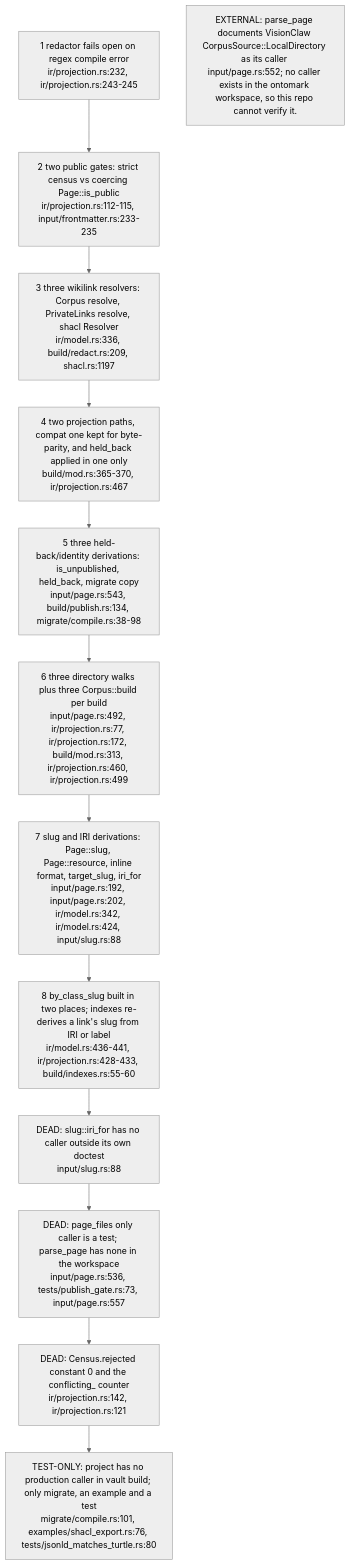
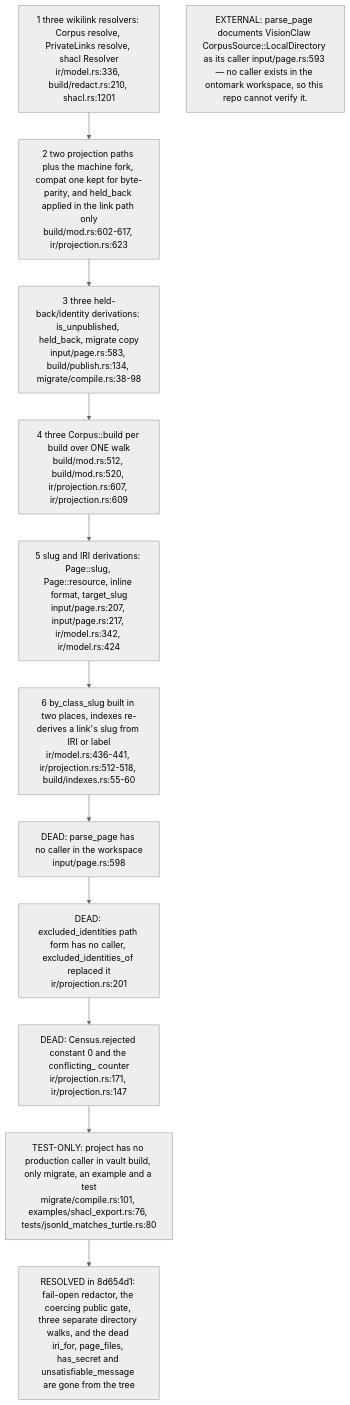
The sixth of 6 diagrams in docs/diagrams/ontomark/02-ir-corpus-projection-and-redaction.md (DreamLab-AI/VisionFlow), drawn with Mermaid (neutral theme) before and after one commit. The commit also changed other lines of this file and 10 other files, not shown here.

First line of the commit message:
docs(diagrams): re-stamp the ontomark corpus at ee9e04a; OM-06 machine scope and ingest contract

````diff
--- a/docs/diagrams/ontomark/02-ir-corpus-projection-and-redaction.md
+++ b/docs/diagrams/ontomark/02-ir-corpus-projection-and-redaction.md
@@ -206,18 +206,18 @@
 ```mermaid
 flowchart TD
-    R1["1 redactor fails open on regex compile error<br/>ir/projection.rs:232, ir/projection.rs:243-245"]
-    R2["2 two public gates: strict census vs coercing Page::is_public<br/>ir/projection.rs:112-115, input/frontmatter.rs:233-235"]
-    R3["3 three wikilink resolvers: Corpus resolve, PrivateLinks resolve, shacl Resolver<br/>ir/model.rs:336, build/redact.rs:209, shacl.rs:1197"]
-    R4["4 two projection paths, compat one kept for byte-parity, and held_back applied in one only<br/>build/mod.rs:365-370, ir/projection.rs:467"]
-    R5["5 three held-back/identity derivations: is_unpublished, held_back, migrate copy<br/>input/page.rs:543, build/publish.rs:134, migrate/compile.rs:38-98"]
-    R6["6 three directory walks plus three Corpus::build per build<br/>input/page.rs:492, ir/projection.rs:77, ir/projection.rs:172, build/mod.rs:313, ir/projection.rs:460, ir/projection.rs:499"]
-    R7["7 slug and IRI derivations: Page::slug, Page::resource, inline format, target_slug, iri_for<br/>input/page.rs:192, input/page.rs:202, ir/model.rs:342, ir/model.rs:424, input/slug.rs:88"]
-    R8["8 by_class_slug built in two places; indexes re-derives a link's slug from IRI or label<br/>ir/model.rs:436-441, ir/projection.rs:428-433, build/indexes.rs:55-60"]
-    D1["DEAD: slug::iri_for has no caller outside its own doctest<br/>input/slug.rs:88"]
-    D2["DEAD: page_files only caller is a test; parse_page has none in the workspace<br/>input/page.rs:536, tests/publish_gate.rs:73, input/page.rs:557"]
-    D3["DEAD: Census.rejected constant 0 and the conflicting_ counter<br/>ir/projection.rs:142, ir/projection.rs:121"]
-    D4["TEST-ONLY: project has no production caller in vault build; only migrate, an example and a test<br/>migrate/compile.rs:101, examples/shacl_export.rs:76, tests/jsonld_matches_turtle.rs:80"]
-    n1["EXTERNAL: parse_page documents VisionClaw CorpusSource::LocalDirectory as its caller input/page.rs:552; no caller exists in the ontomark workspace, so this repo cannot verify it."]
-    R1 --> R2 --> R3 --> R4 --> R5 --> R6 --> R7 --> R8
-    R8 --> D1 --> D2 --> D3 --> D4
+    R1["1 three wikilink resolvers: Corpus resolve, PrivateLinks resolve, shacl Resolver<br/>ir/model.rs:336, build/redact.rs:210, shacl.rs:1201"]
+    R2["2 two projection paths plus the machine fork, compat one kept for byte-parity, and held_back applied in the link path only<br/>build/mod.rs:602-617, ir/projection.rs:623"]
+    R3["3 three held-back/identity derivations: is_unpublished, held_back, migrate copy<br/>input/page.rs:583, build/publish.rs:134, migrate/compile.rs:38-98"]
+    R4["4 three Corpus::build per build over ONE walk<br/>build/mod.rs:512, build/mod.rs:520, ir/projection.rs:607, ir/projection.rs:609"]
+    R5["5 slug and IRI derivations: Page::slug, Page::resource, inline format, target_slug<br/>input/page.rs:207, input/page.rs:217, ir/model.rs:342, ir/model.rs:424"]
+    R6["6 by_class_slug built in two places, indexes re-derives a link's slug from IRI or label<br/>ir/model.rs:436-441, ir/projection.rs:512-518, build/indexes.rs:55-60"]
+    D1["DEAD: parse_page has no caller in the workspace<br/>input/page.rs:598"]
+    D2["DEAD: excluded_identities path form has no caller, excluded_identities_of replaced it<br/>ir/projection.rs:201"]
+    D3["DEAD: Census.rejected constant 0 and the conflicting_ counter<br/>ir/projection.rs:171, ir/projection.rs:147"]
+    D4["TEST-ONLY: project has no production caller in vault build, only migrate, an example and a test<br/>migrate/compile.rs:101, examples/shacl_export.rs:76, tests/jsonld_matches_turtle.rs:80"]
+    X1["RESOLVED in 8d654d1: fail-open redactor, the coercing public gate, three separate directory walks, and the dead iri_for, page_files, has_secret and unsatisfiable_message are gone from the tree"]
+    n1["EXTERNAL: parse_page documents VisionClaw CorpusSource::LocalDirectory as its caller input/page.rs:593 — no caller exists in the ontomark workspace, so this repo cannot verify it."]
+    R1 --> R2 --> R3 --> R4 --> R5 --> R6
+    R6 --> D1 --> D2 --> D3 --> D4
+    D4 --> X1
 ```
````
